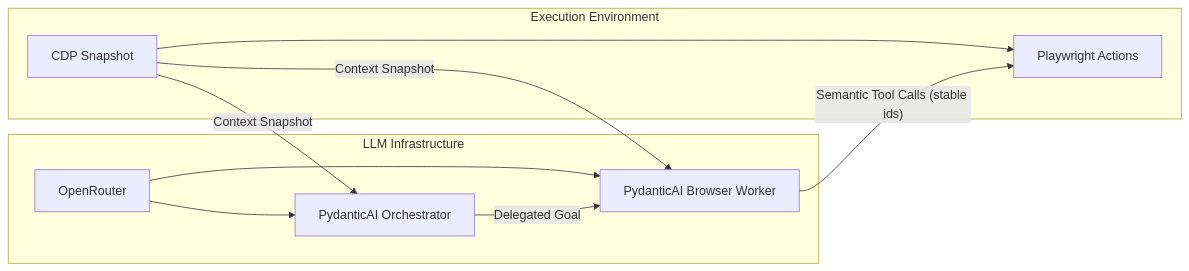
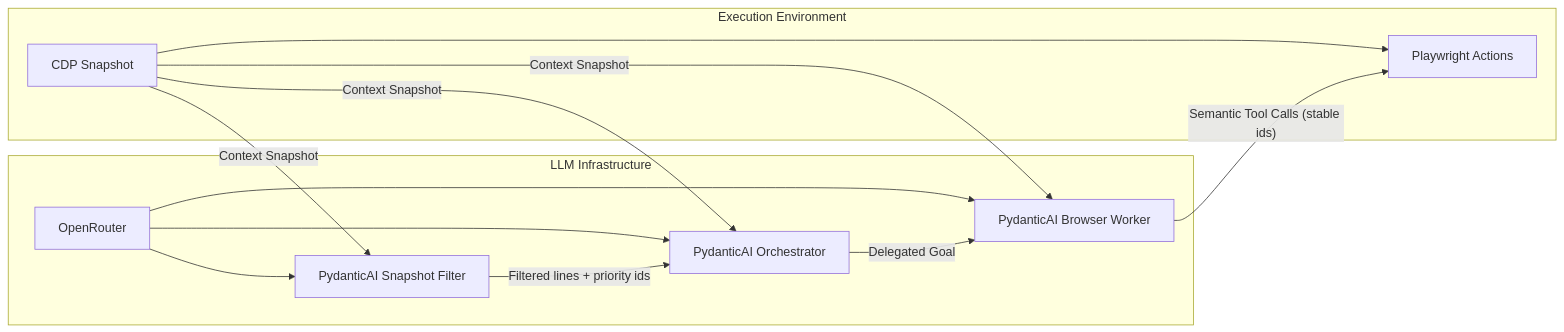
One commit to snehalyelmati/computer-use-perf changed the first of 2 diagrams in README.md. Above: the diagram before and after it, drawn with Mermaid. The commit also changed other lines of this file and 13 other files, not shown here.

````diff
--- a/README.md
+++ b/README.md
@@ -9,21 +9,25 @@
 ```mermaid
 flowchart LR
     subgraph LLM[LLM Infrastructure]
         OR[OpenRouter]
+        FILT[PydanticAI Snapshot Filter]
         ORCH[PydanticAI Orchestrator]
         WORK[PydanticAI Browser Worker]
+        OR --> FILT
         OR --> ORCH
         OR --> WORK
     end
 
     subgraph Browser[Execution Environment]
         CDP[CDP Snapshot]
         PW[Playwright Actions]
         CDP --> PW
     end
 
+    CDP -->|Context Snapshot| FILT
+    FILT -->|Filtered lines + priority ids| ORCH
     CDP -->|Context Snapshot| ORCH
     CDP -->|Context Snapshot| WORK
     ORCH -->|Delegated Goal| WORK
     WORK -->|"Semantic Tool Calls (stable ids)"| PW
 ```
````
